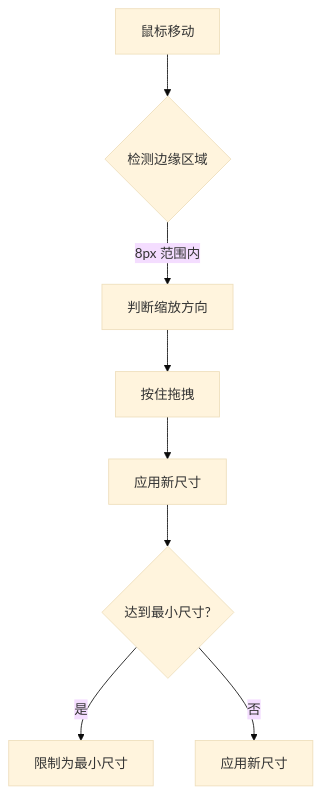
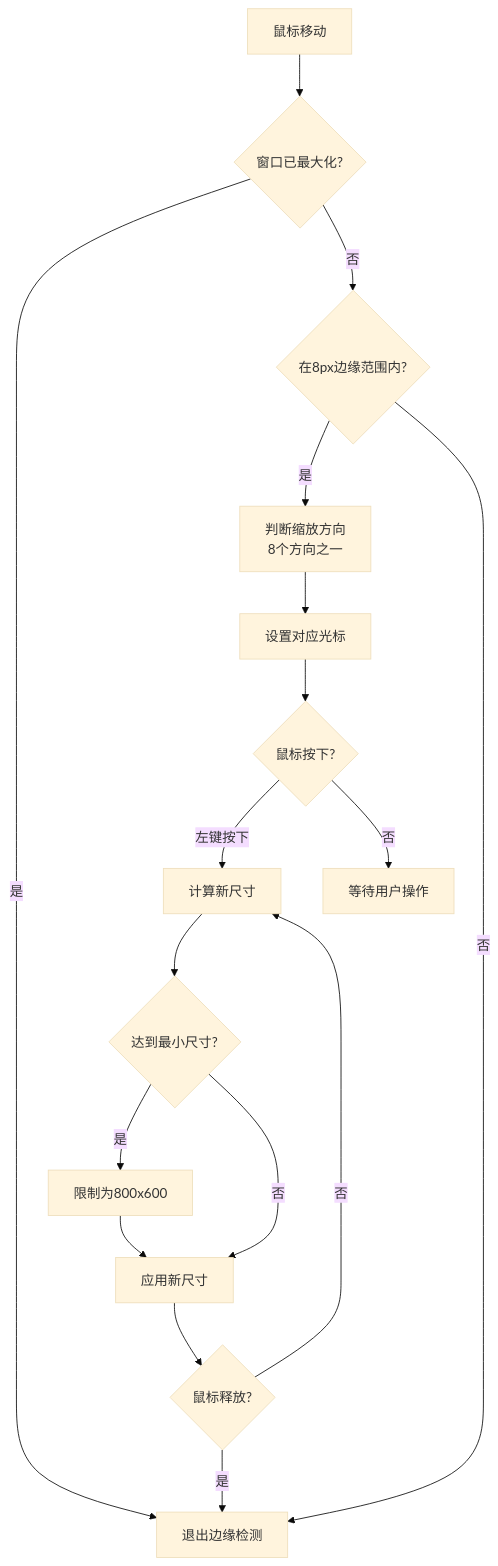
The fourth of 4 diagrams in docs/ui/main-window.md (KKPIP-Tech/InstructionX), drawn with Mermaid (base theme) before and after one commit. The commit also changed other lines of this file and 8 other files, not shown here.

````diff
--- a/docs/ui/main-window.md
+++ b/docs/ui/main-window.md
@@ -241,10 +261,19 @@
 ```mermaid
 flowchart TD
-    Mouse["鼠标移动"] --> Detect{"检测边缘区域"}
-    Detect -->|8px 范围内| Direction["判断缩放方向"]
-    Direction --> Drag["按住拖拽"]
-    Drag --> Resize["应用新尺寸"]
-    Resize --> Limit{"达到最小尺寸?"}
-    Limit -->|是| Clamp["限制为最小尺寸"]
-    Limit -->|否| Apply["应用新尺寸"]
+    Mouse["鼠标移动"] --> Maximized{"窗口已最大化?"}
+    Maximized -->|是| Exit["退出边缘检测"]
+    Maximized -->|否| Detect{"在8px边缘范围内?"}
+    Detect -->|是| Direction["判断缩放方向<br/>8个方向之一"]
+    Detect -->|否| Exit
+    Direction --> Cursor["设置对应光标"]
+    Cursor --> Pressed{"鼠标按下?"}
+    Pressed -->|左键按下| Resize["计算新尺寸"]
+    Pressed -->|否| Wait["等待用户操作"]
+    Resize --> MinSize{"达到最小尺寸?"}
+    MinSize -->|是| Clamp["限制为800x600"]
+    MinSize -->|否| Apply["应用新尺寸"]
+    Clamp --> Apply
+    Apply --> Released{"鼠标释放?"}
+    Released -->|否| Resize
+    Released -->|是| Exit
 ```
````
